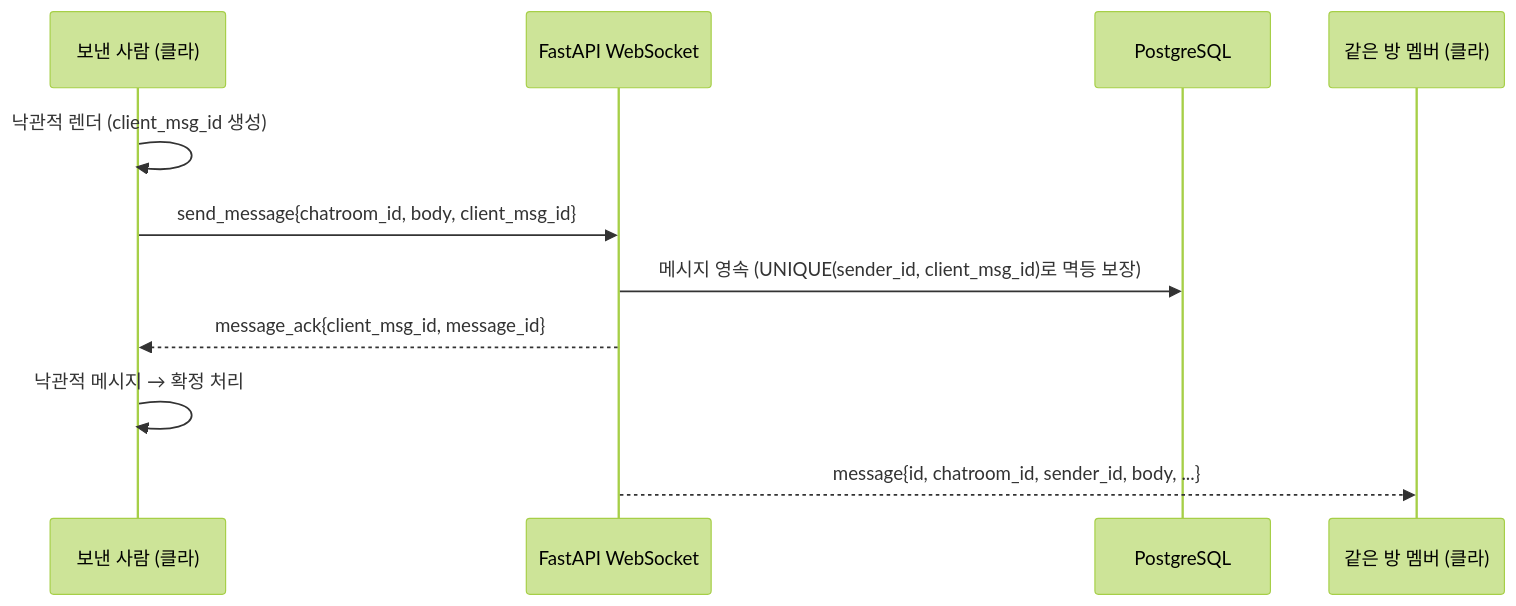
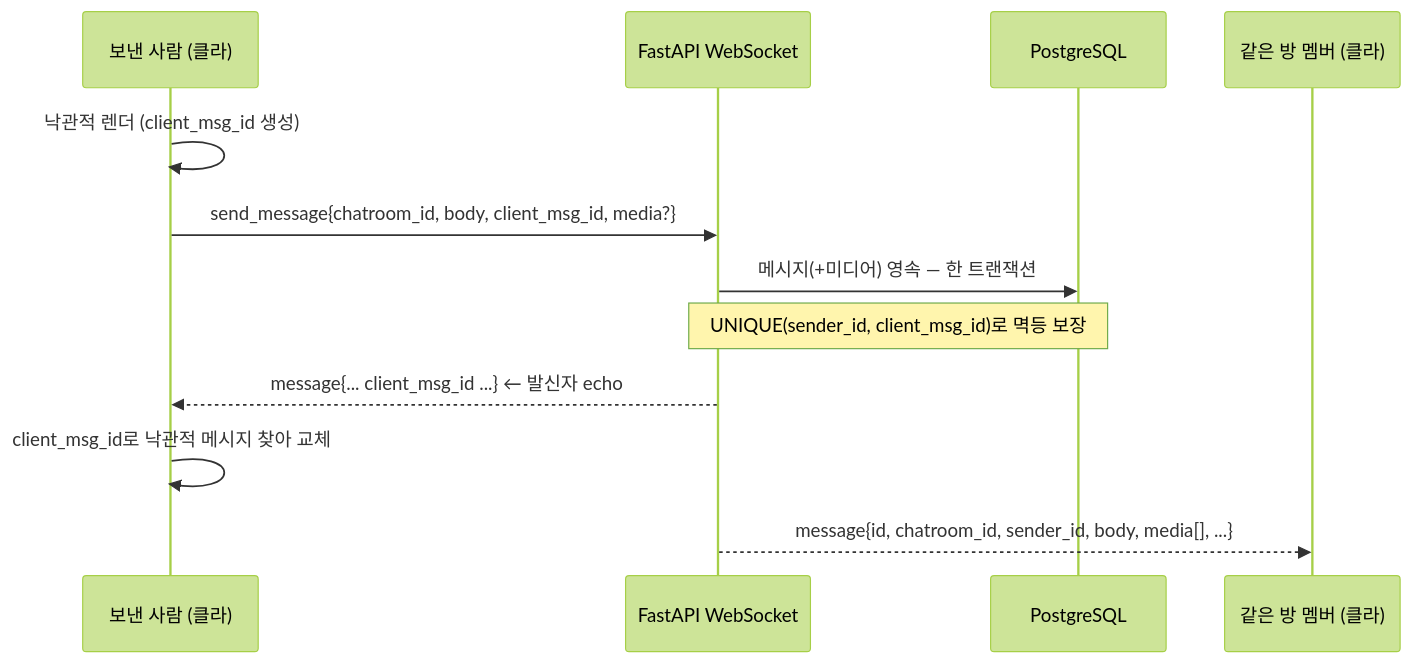
Before and after one commit to jamye-plz/jamye-plz: the first of 3 diagrams in docs/architecture/api-contract.md, drawn with Mermaid (forest theme). The commit also changed other lines of this file and 36 other files, not shown here.

````diff
--- a/docs/architecture/api-contract.md
+++ b/docs/architecture/api-contract.md
@@ -226,14 +234,15 @@
 ```mermaid
 sequenceDiagram
     participant A as 보낸 사람 (클라)
     participant WS as FastAPI WebSocket
     participant DB as PostgreSQL
     participant B as 같은 방 멤버 (클라)
 
     A->>A: 낙관적 렌더 (client_msg_id 생성)
-    A->>WS: send_message{chatroom_id, body, client_msg_id}
-    WS->>DB: 메시지 영속 (UNIQUE(sender_id, client_msg_id)로 멱등 보장)
-    WS-->>A: message_ack{client_msg_id, message_id}
-    A->>A: 낙관적 메시지 → 확정 처리
-    WS-->>B: message{id, chatroom_id, sender_id, body, ...}
+    A->>WS: send_message{chatroom_id, body, client_msg_id, media?}
+    WS->>DB: 메시지(+미디어) 영속 — 한 트랜잭션
+    Note over WS,DB: UNIQUE(sender_id, client_msg_id)로 멱등 보장
+    WS-->>A: message{... client_msg_id ...}  ← 발신자 echo
+    A->>A: client_msg_id로 낙관적 메시지 찾아 교체
+    WS-->>B: message{id, chatroom_id, sender_id, body, media[], ...}
 ```
````
